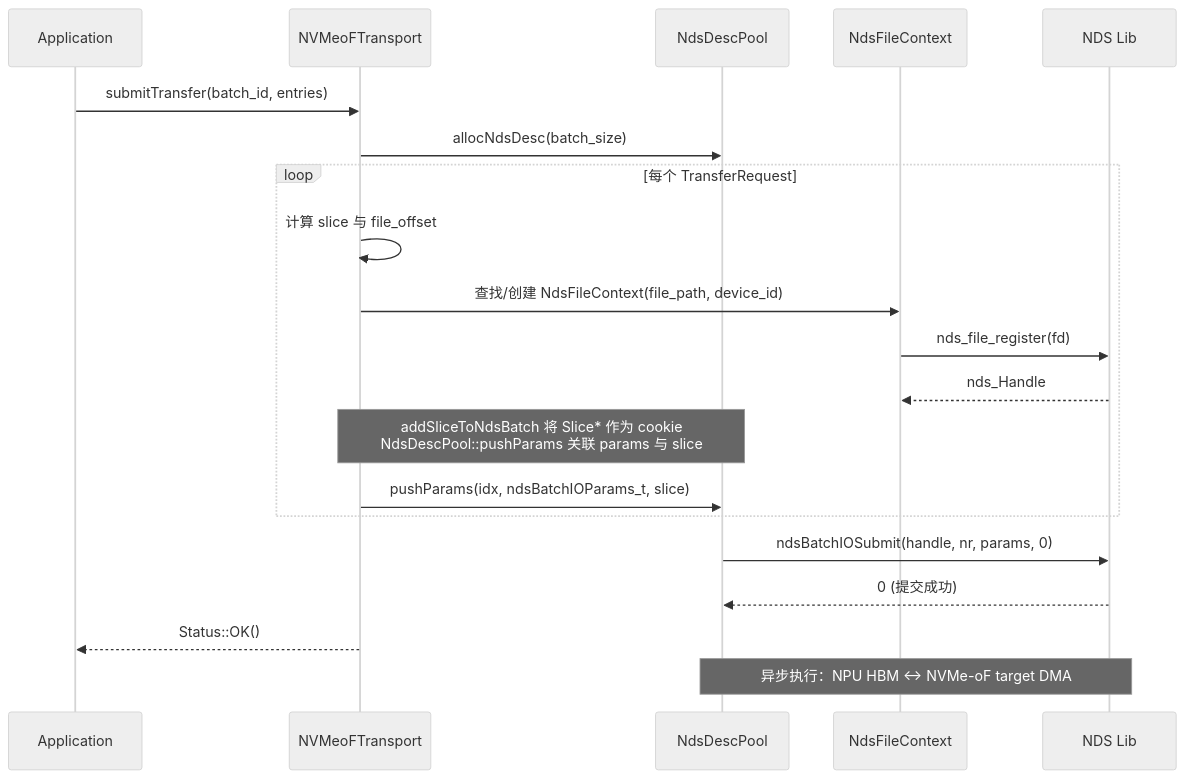
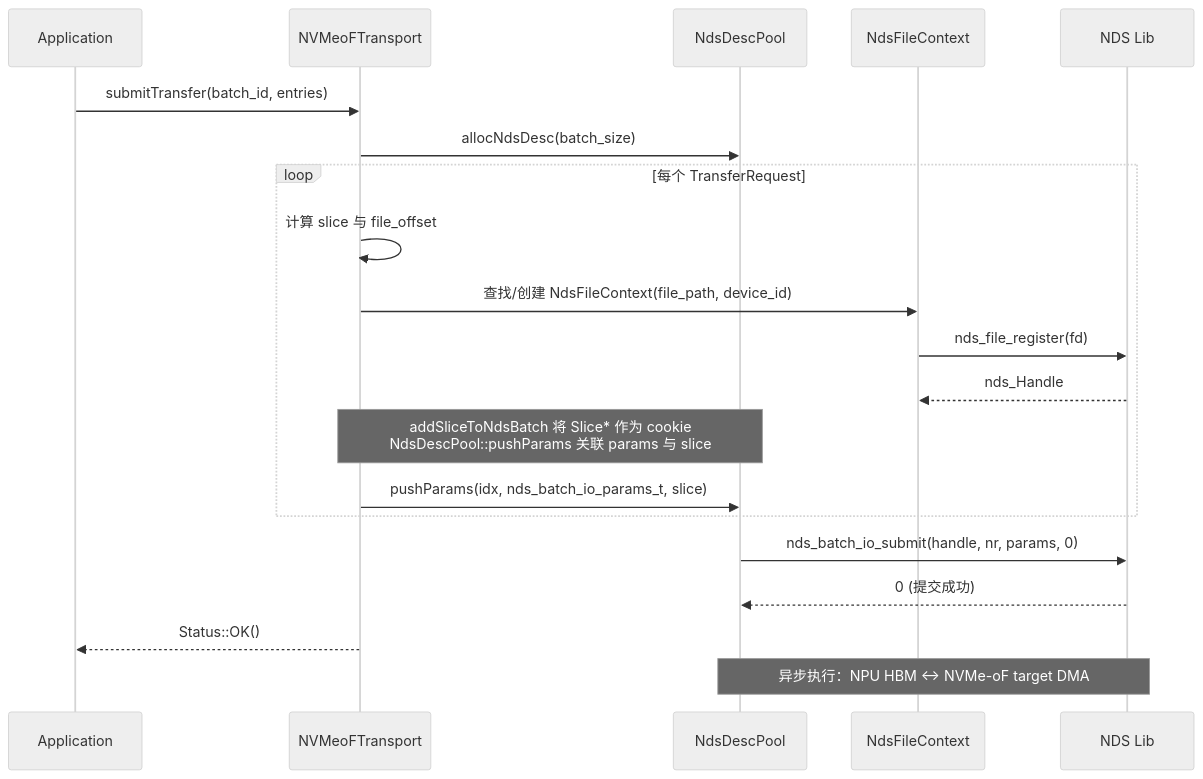
One commit to yz53665/Mooncake changed the sixth of 17 diagrams in docs/rfc-nds-nvmeof-transport-cn.md. Above: the diagram before and after it, drawn with Mermaid (neutral theme). The commit also changed other lines of this file, not shown here.

````diff
--- a/docs/rfc-nds-nvmeof-transport-cn.md
+++ b/docs/rfc-nds-nvmeof-transport-cn.md
@@ -290,24 +293,24 @@
 ```mermaid
 sequenceDiagram
     participant App as Application
     participant NVT as NVMeoFTransport
     participant NdsPool as NdsDescPool
     participant FileCtx as NdsFileContext
     participant NDS as NDS Lib
 
     App->>NVT: submitTransfer(batch_id, entries)
     NVT->>NdsPool: allocNdsDesc(batch_size)
     loop 每个 TransferRequest
         NVT->>NVT: 计算 slice 与 file_offset
         NVT->>FileCtx: 查找/创建 NdsFileContext(file_path, device_id)
         FileCtx->>NDS: nds_file_register(fd)
         NDS-->>FileCtx: nds_Handle
         Note over NVT,NdsPool: addSliceToNdsBatch 将 Slice* 作为 cookie<br/>NdsDescPool::pushParams 关联 params 与 slice
-        NVT->>NdsPool: pushParams(idx, ndsBatchIOParams_t, slice)
+        NVT->>NdsPool: pushParams(idx, nds_batch_io_params_t, slice)
     end
-    NdsPool->>NDS: ndsBatchIOSubmit(handle, nr, params, 0)
+    NdsPool->>NDS: nds_batch_io_submit(handle, nr, params, 0)
     NDS-->>NdsPool: 0 (提交成功)
     NVT-->>App: Status::OK()
 
     Note over NdsPool,NDS: 异步执行：NPU HBM ↔ NVMe-oF target DMA
 ```
````
